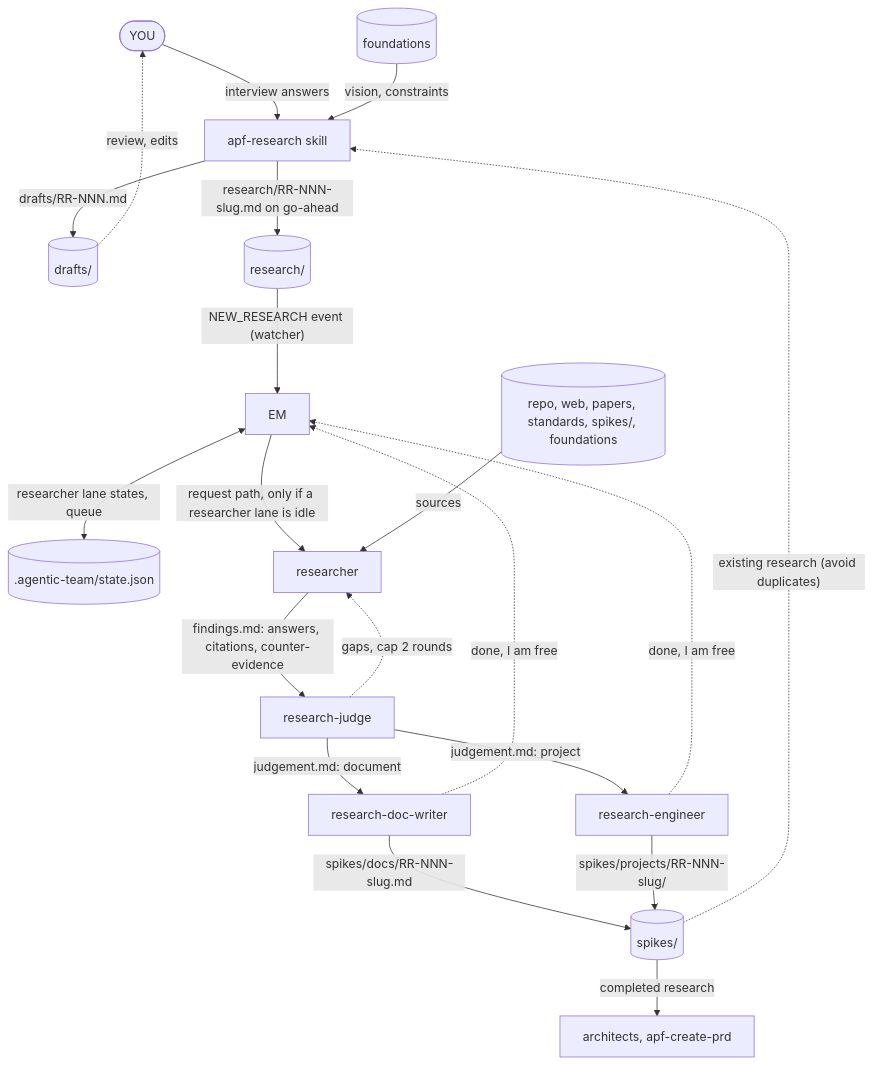
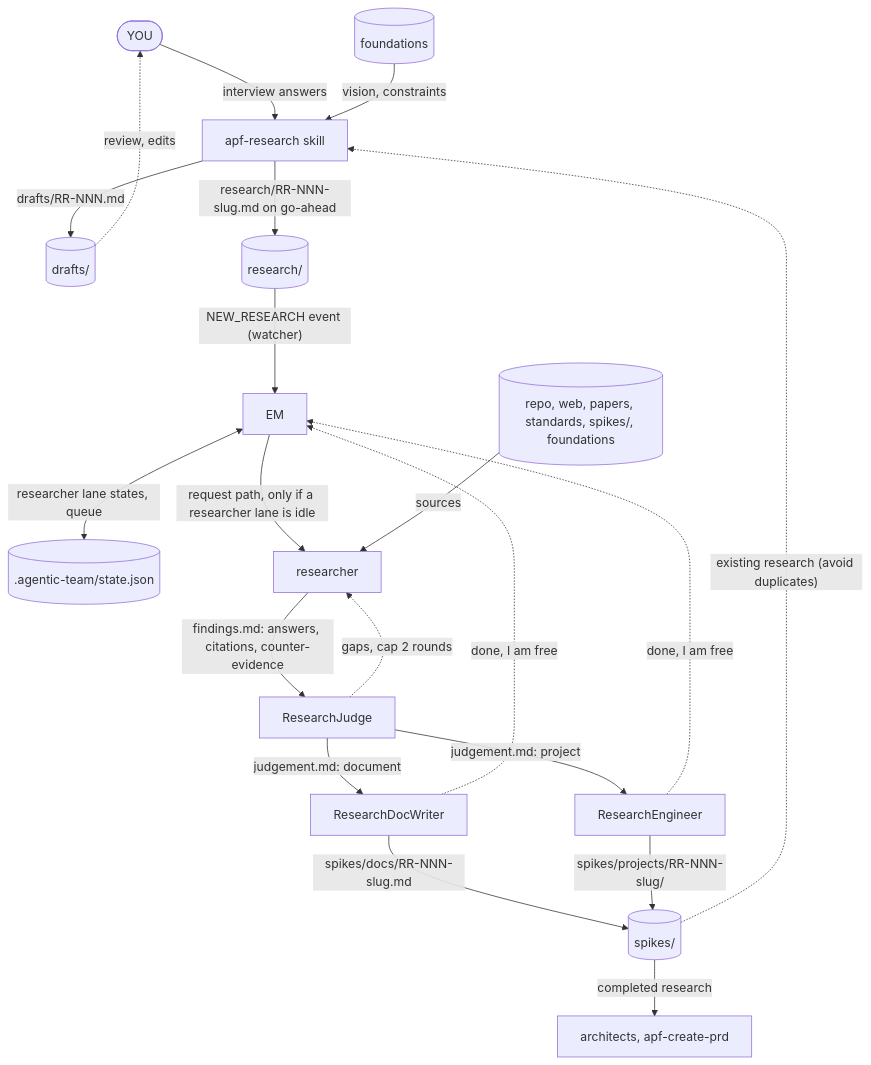
One commit to gbarnett-hz/agentic-product-function changed the third of 3 diagrams in README.md. Above: the diagram before and after it, drawn with Mermaid. The commit also changed other lines of this file and 21 other files, not shown here.

Commit message:
Consistent role naming: WaveMerger, ResearchJudge, ResearchDocWriter, ResearchEngineer, SOP; agent labels

````diff
--- a/README.md
+++ b/README.md
@@ -440,22 +444,22 @@
 ```mermaid
 flowchart TD
     YOU([YOU]) -->|"interview answers"| RS[apf-research skill]
     FND[("foundations")] -->|"vision, constraints"| RS
     SPK[("spikes/")] -.->|"existing research (avoid duplicates)"| RS
     RS -->|"drafts/RR-NNN.md"| DR[("drafts/")]
     DR -.->|"review, edits"| YOU
     RS -->|"research/RR-NNN-slug.md on go-ahead"| RQ[("research/")]
     RQ -->|"NEW_RESEARCH event (watcher)"| EM
     EM <-->|"researcher lane states, queue"| STATE[(".agentic-team/state.json")]
     EM -->|"request path, only if a researcher lane is idle"| RES[researcher]
     SRC[("repo, web, papers, standards, spikes/, foundations")] -->|"sources"| RES
-    RES -->|"findings.md: answers, citations, counter-evidence"| J[research-judge]
+    RES -->|"findings.md: answers, citations, counter-evidence"| J[ResearchJudge]
     J -.->|"gaps, cap 2 rounds"| RES
-    J -->|"judgement.md: document"| DW[research-doc-writer]
-    J -->|"judgement.md: project"| RE[research-engineer]
+    J -->|"judgement.md: document"| DW[ResearchDocWriter]
+    J -->|"judgement.md: project"| RE[ResearchEngineer]
     DW -->|"spikes/docs/RR-NNN-slug.md"| SPK
     RE -->|"spikes/projects/RR-NNN-slug/"| SPK
     DW -.->|"done, I am free"| EM
     RE -.->|"done, I am free"| EM
     SPK -->|"completed research"| ARCH[architects, apf-create-prd]
 ```
````
